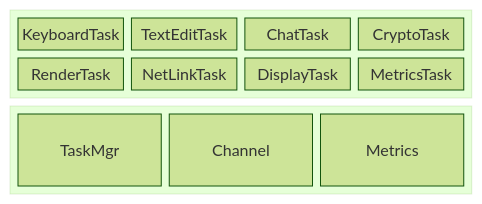
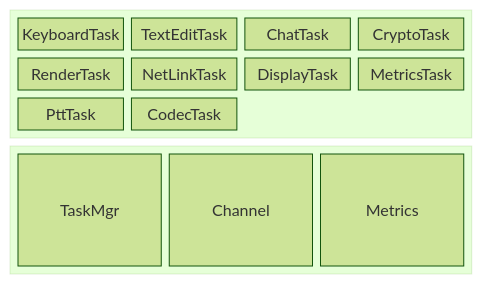
One commit to fluffy/bare-rust changed the first of 6 diagrams in Architecture.md. Above: the diagram before and after it, drawn with Mermaid (forest theme). The commit also changed other lines of this file and 1 other file, not shown here.

Commit message:
Add audio data flows

````diff
--- a/Architecture.md
+++ b/Architecture.md
@@ -26,21 +26,23 @@
 ```mermaid
 block-beta
     columns 1
     block: DEV:1
         columns 4
         KeyboardTask
         TextEditTask
         ChatTask
         CryptoTask
         RenderTask
         NetLinkTask
         DisplayTask
         MetricsTask
+      PttTask
+      CodecTask
     end
     block: base:1
         columns 4
         TaskMgr
         Channel
         Metrics
     end
 ```
````
